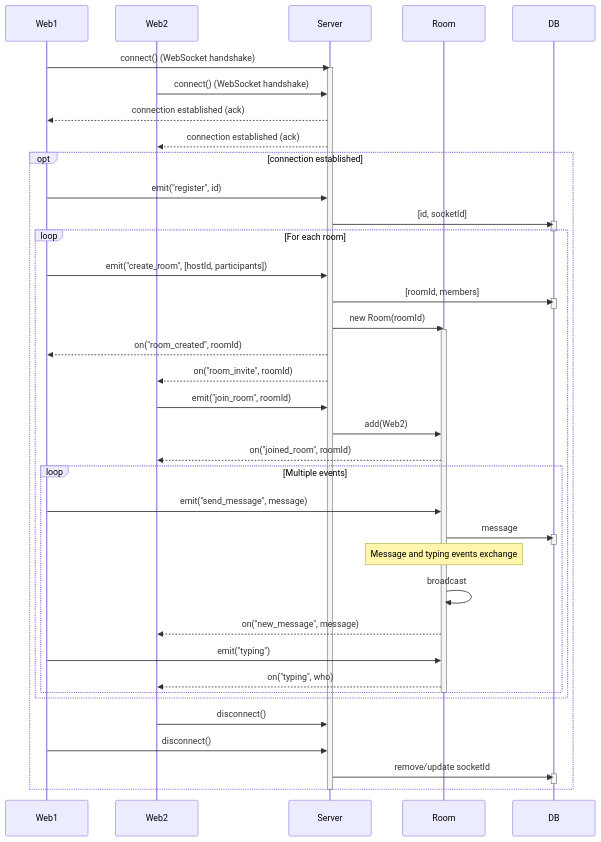
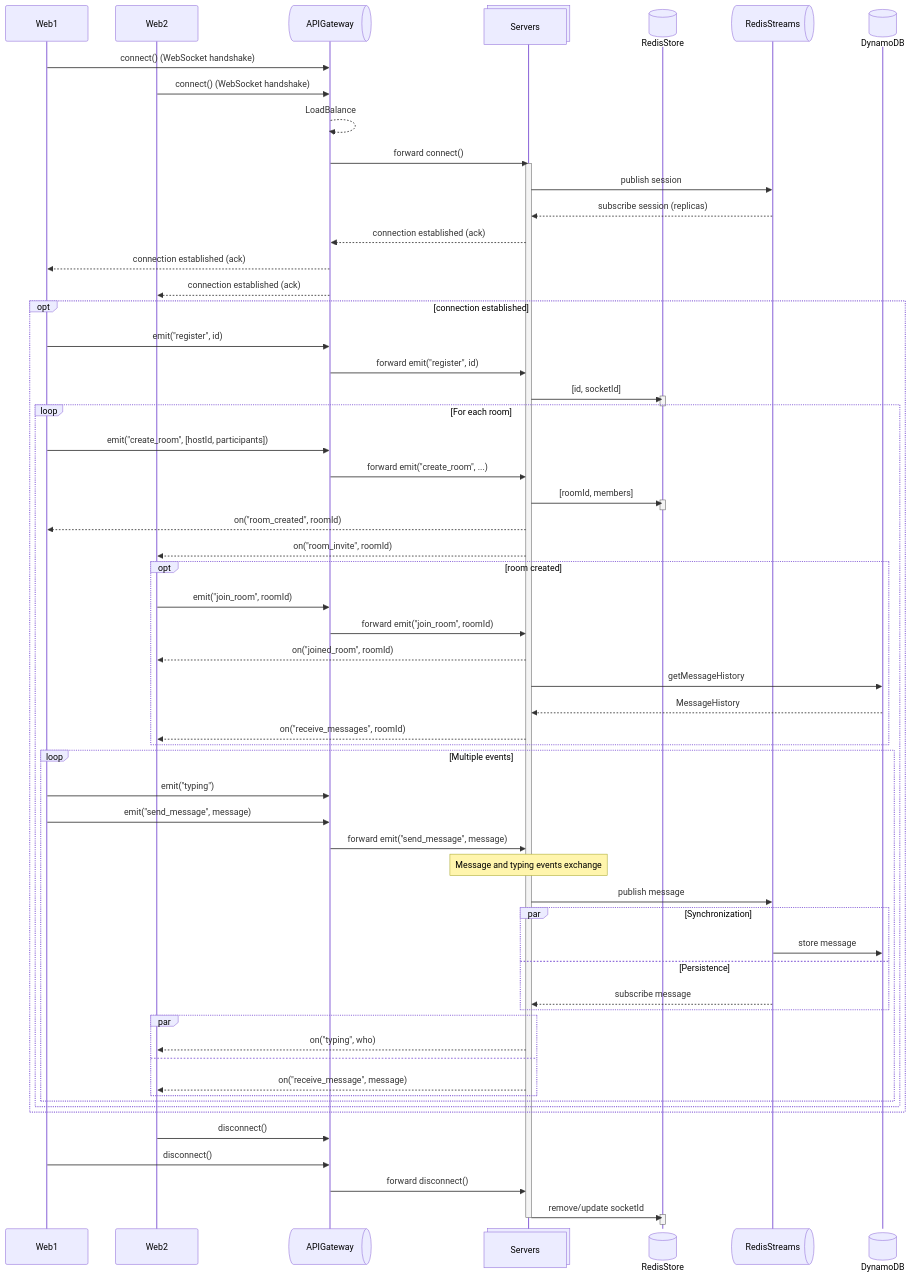
Before and after one commit to NarciSource/Chat-Socket.IO: the diagram in README.md, drawn with Mermaid. The commit also changed other lines of this file, not shown here.

Commit message:
docs: README DynamoDB 업데이트

````diff
--- a/README.md
+++ b/README.md
@@ -23,76 +24,100 @@
 ```mermaid
 sequenceDiagram
-    participant Web1
-    participant Web2
-    participant Server
-    participant Room
-    participant DB
+  %% Participants
+  participant Web1
+  participant Web2
+  participant APIGateway@{ "type" : "queue" }
+  participant Servers@{ "type" : "collections" }
+  participant RedisStore@{ "type": "database" }
+  participant RedisStreams@{ "type" : "queue" }
+  participant DynamoDB@{ "type" : "database" }
 
-    %% 1. 연결 단계
-    Web1 ->> Server: connect() (WebSocket handshake)
-    activate Server
-    Web2 ->> Server: connect() (WebSocket handshake)
-    Server -->> Web1: connection established (ack)
-    Server -->> Web2: connection established (ack)
+  %% 1. 연결 단계
+  Web1 ->> APIGateway: connect() (WebSocket handshake)
+  Web2 ->> APIGateway: connect() (WebSocket handshake)
 
-    %% 2. 연결 성공 시 동작
-    opt connection established
-      %% 2-1. 사용자 등록
-      Web1 ->> Server: emit("register", id)
+  %% APIGateway 로드밸런싱
+  APIGateway -->> APIGateway: LoadBalance
+  APIGateway ->> Servers: forward connect()
+
+  activate Servers
+
+  Servers ->> RedisStreams: publish session
+  RedisStreams -->> Servers: subscribe session (replicas)
+  Servers -->> APIGateway: connection established (ack)
+  APIGateway -->> Web1: connection established (ack)
+  APIGateway -->> Web2: connection established (ack)
+
+  %% 2. 연결 성공 시 동작
+  opt connection established
+    %% 2-1. 사용자 등록
+    Web1 ->> APIGateway: emit("register", id)
+    APIGateway ->> Servers: forward emit("register", id)
+
+    %% 데이터베이스 저장
+    Servers ->> RedisStore: [id, socketId]
+    activate RedisStore
+    deactivate RedisStore
+
+    %% 3. 여러 방 생성 시나리오
+    loop For each room
+      Web1 ->> APIGateway: emit("create_room", [hostId, participants])
+      APIGateway ->> Servers: forward emit("create_room", ...)
 
       %% 데이터베이스 저장
-      Server ->> DB: [id, socketId]
-      activate DB
-      deactivate DB
+      Servers ->> RedisStore: [roomId, members]
+      activate RedisStore
+      deactivate RedisStore
 
-      %% 2-2. 여러 방 생성 시나리오
-      loop For each room
-        Web1 ->> Server: emit("create_room", [hostId, participants])
+      Servers -->> Web1: on("room_created", roomId)
+      Servers -->> Web2: on("room_invite", roomId)
 
-        %% 데이터베이스 저장
-        Server ->> DB: [roomId, members]
-        activate DB
-        deactivate DB
+      opt room created
+        %% 3-1. 방 참가
+        Web2 ->> APIGateway: emit("join_room", roomId)
+        APIGateway ->> Servers: forward emit("join_room", roomId)
+        Servers -->> Web2: on("joined_room", roomId)
 
-        Server ->> Room: new Room(roomId)
+        %% 메시지 기록 불러오기
+        Servers ->> DynamoDB: getMessageHistory
+        DynamoDB -->> Servers: MessageHistory
+        Servers -->> Web2: on("receive_messages", roomId)
+      end
 
-        activate Room
-        Server -->> Web1: on("room_created", roomId)
-        Server -->> Web2: on("room_invite", roomId)
+      %% 4. 메시지 교환 & 타이핑 알림
+      loop Multiple events
+        Web1 ->> APIGateway: emit("typing")
+        Web1 ->> APIGateway: emit("send_message", message)
+        APIGateway ->> Servers: forward emit("send_message", message)
 
-        %% 2-3. 방 참가
-        Web2 ->> Server: emit("join_room", roomId)
-        Server ->> Room: add(Web2)
-        Room -->> Web2: on("joined_room", roomId)
+        %% RedisStreams Pub/Sub로 이벤트/세션 동기화
+        note over Servers: Message and typing events exchange
+        Servers ->> RedisStreams: publish message
 
-        %% 2-4. 방 내 메시지 교환 & 타이핑 알림
-        loop Multiple events
-          Web1 ->> Room: emit("send_message", message)
-
-          %% 데이터베이스 저장
-          Room ->> DB: message
-          activate DB
-          deactivate DB
-
-          note over Room: Message and typing events exchange
-          Room ->> Room: broadcast
-          Room -->> Web2: on("new_message", message)
-
-          Web1 ->> Room: emit("typing")
-          Room -->> Web2: on("typing", who)
+        %% 4-1. 영속성 저장
+        par Synchronization
+          RedisStreams ->> DynamoDB: store message
+        and Persistence
+          RedisStreams -->> Servers: subscribe message
         end
 
-        deactivate Room
+        par
+          Servers -->> Web2: on("typing", who)
+        and
+          Servers -->> Web2: on("receive_message", message)
+        end
       end
+    end
+  end
 
-      %% 2-5. 연결 종료 시 DB 반영
-      Web2 ->> Server: disconnect()
-      Web1 ->> Server: disconnect()
+  %% 5. 연결 종료
+  Web2 ->> APIGateway: disconnect()
+  Web1 ->> APIGateway: disconnect()
+  APIGateway ->> Servers: forward disconnect()
 
-      Server ->> DB: remove/update socketId
-      activate DB
-      deactivate DB
-    end
+  Servers ->> RedisStore: remove/update socketId
+  activate RedisStore
+  deactivate RedisStore
 
-    deactivate Server
+  deactivate Servers
 ```
````
